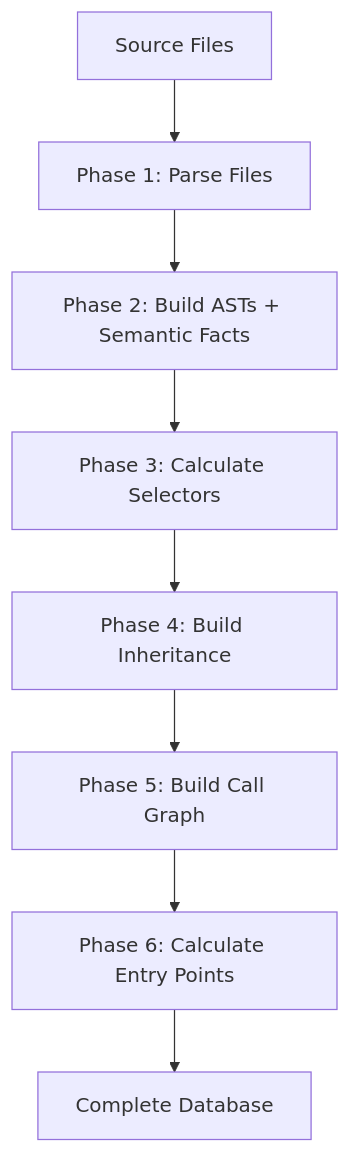
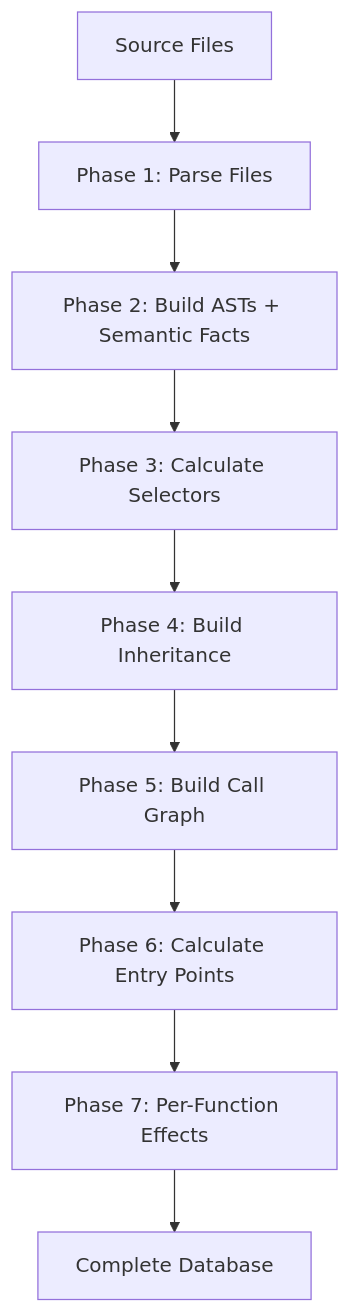
One commit to th13vn/w3goaudit changed the second of 8 diagrams in docs/workflows.md. Above: the diagram before and after it, drawn with Mermaid. The commit also changed other lines of this file and 374 other files, not shown here.

````diff
--- a/docs/workflows.md
+++ b/docs/workflows.md
@@ -95,10 +112,11 @@
 ```mermaid
 graph TD
     A[Source Files] --> B[Phase 1: Parse Files]
     B --> C[Phase 2: Build ASTs + Semantic Facts]
     C --> D[Phase 3: Calculate Selectors]
     D --> E[Phase 4: Build Inheritance]
     E --> F[Phase 5: Build Call Graph]
     F --> G[Phase 6: Calculate Entry Points]
-    G --> H[Complete Database]
+    G --> G2[Phase 7: Per-Function Effects]
+    G2 --> H[Complete Database]
 ```
````
